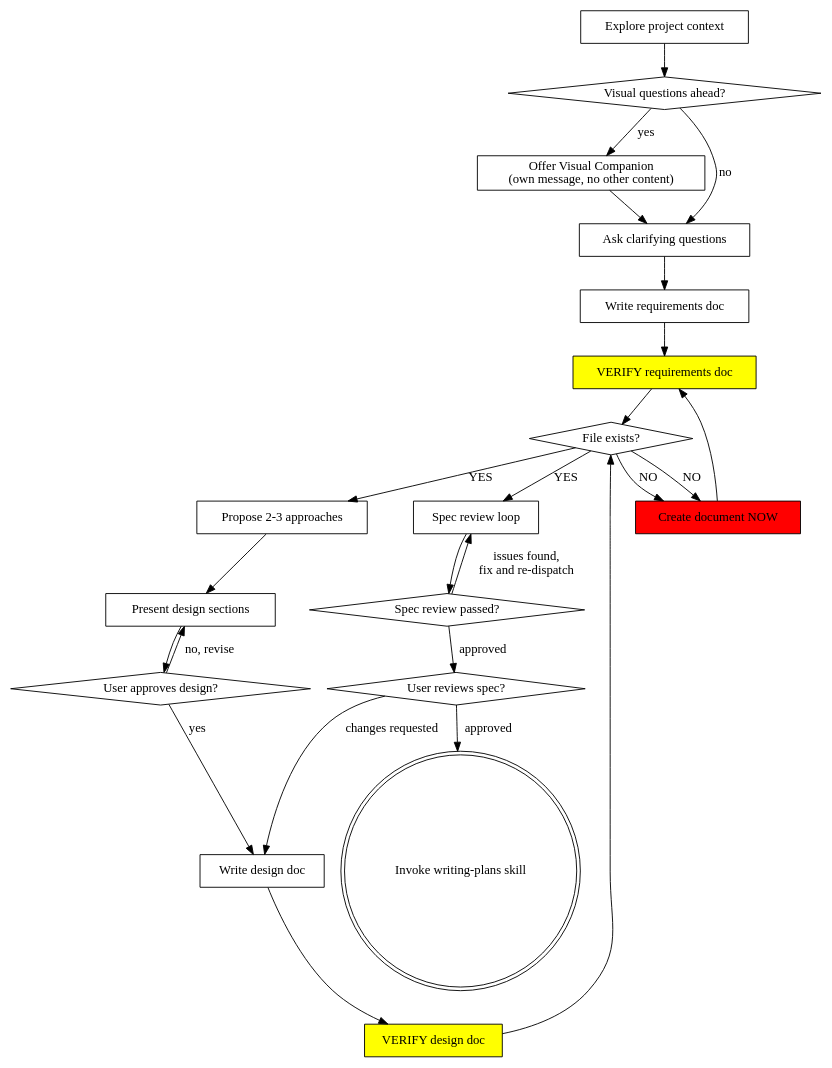
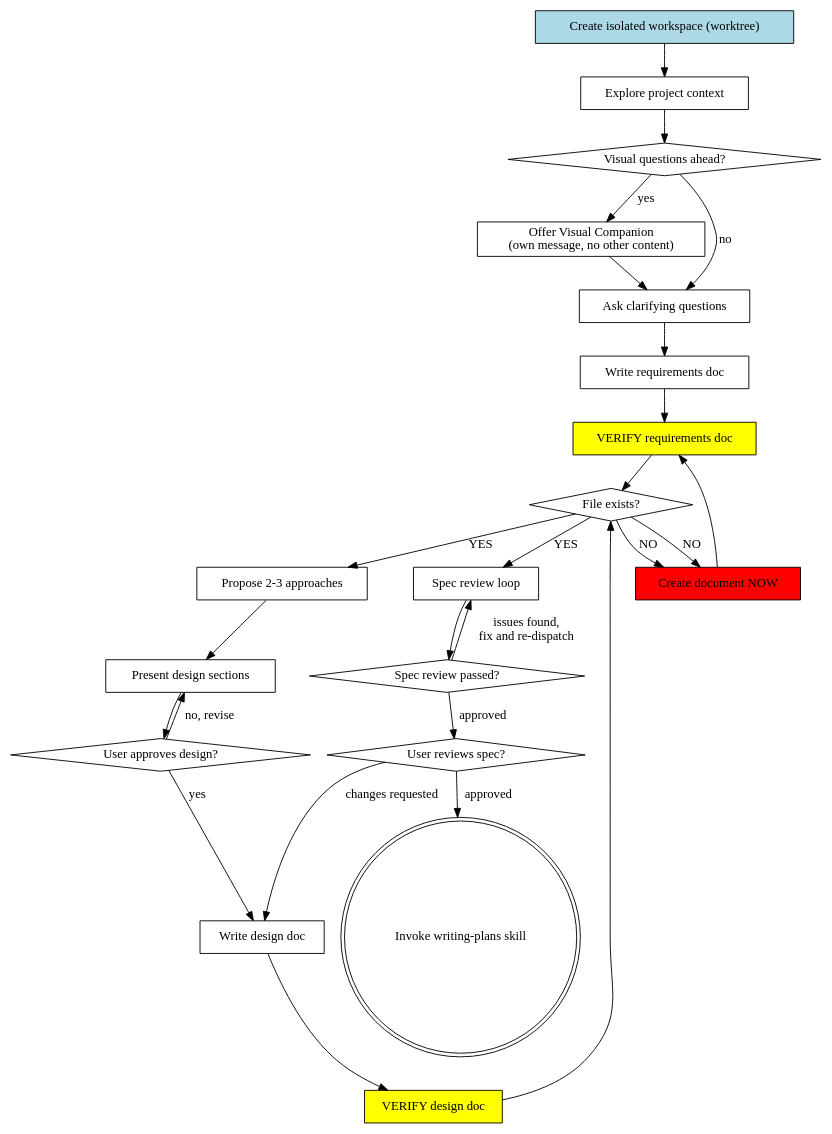
One commit to changanx/xo1997-dev changed the diagram in skills/brainstorming/SKILL.md. Above: the diagram before and after it, drawn with Graphviz. The commit also changed other lines of this file and 4 other files, not shown here.

````diff
--- a/skills/brainstorming/SKILL.md
+++ b/skills/brainstorming/SKILL.md
@@ -82,46 +85,48 @@
 ```dot
 digraph brainstorming {
+    "Create isolated workspace (worktree)" [shape=box style=filled fillcolor=lightblue];
     "Explore project context" [shape=box];
     "Visual questions ahead?" [shape=diamond];
     "Offer Visual Companion\n(own message, no other content)" [shape=box];
     "Ask clarifying questions" [shape=box];
     "Write requirements doc" [shape=box];
     "VERIFY requirements doc" [shape=box style=filled fillcolor=yellow];
     "File exists?" [shape=diamond];
     "Create document NOW" [shape=box style=filled fillcolor=red];
     "Propose 2-3 approaches" [shape=box];
     "Present design sections" [shape=box];
     "User approves design?" [shape=diamond];
     "Write design doc" [shape=box];
     "VERIFY design doc" [shape=box style=filled fillcolor=yellow];
     "File exists?" [shape=diamond];
     "Spec review loop" [shape=box];
     "Spec review passed?" [shape=diamond];
     "User reviews spec?" [shape=diamond];
     "Invoke writing-plans skill" [shape=doublecircle];
 
+    "Create isolated workspace (worktree)" -> "Explore project context";
     "Explore project context" -> "Visual questions ahead?";
     "Visual questions ahead?" -> "Offer Visual Companion\n(own message, no other content)" [label="yes"];
     "Visual questions ahead?" -> "Ask clarifying questions" [label="no"];
     "Offer Visual Companion\n(own message, no other content)" -> "Ask clarifying questions";
     "Ask clarifying questions" -> "Write requirements doc";
     "Write requirements doc" -> "VERIFY requirements doc";
     "VERIFY requirements doc" -> "File exists?";
     "File exists?" -> "Create document NOW" [label="NO"];
     "Create document NOW" -> "VERIFY requirements doc";
     "File exists?" -> "Propose 2-3 approaches" [label="YES"];
     "Propose 2-3 approaches" -> "Present design sections";
     "Present design sections" -> "User approves design?";
     "User approves design?" -> "Present design sections" [label="no, revise"];
     "User approves design?" -> "Write design doc" [label="yes"];
     "Write design doc" -> "VERIFY design doc";
     "VERIFY design doc" -> "File exists?";
     "File exists?" -> "Create document NOW" [label="NO"];
     "File exists?" -> "Spec review loop" [label="YES"];
     "Spec review loop" -> "Spec review passed?";
     "Spec review passed?" -> "Spec review loop" [label="issues found,\nfix and re-dispatch"];
     "Spec review passed?" -> "User reviews spec?" [label="approved"];
     "User reviews spec?" -> "Write design doc" [label="changes requested"];
     "User reviews spec?" -> "Invoke writing-plans skill" [label="approved"];
 }
 ```
````
